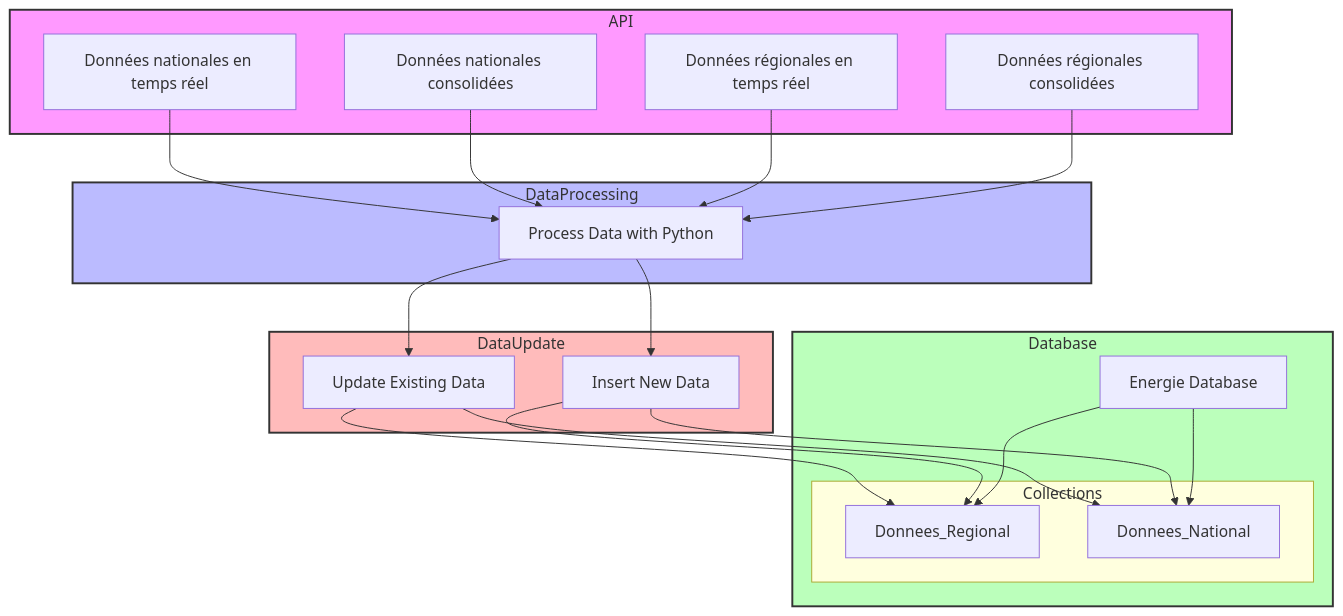
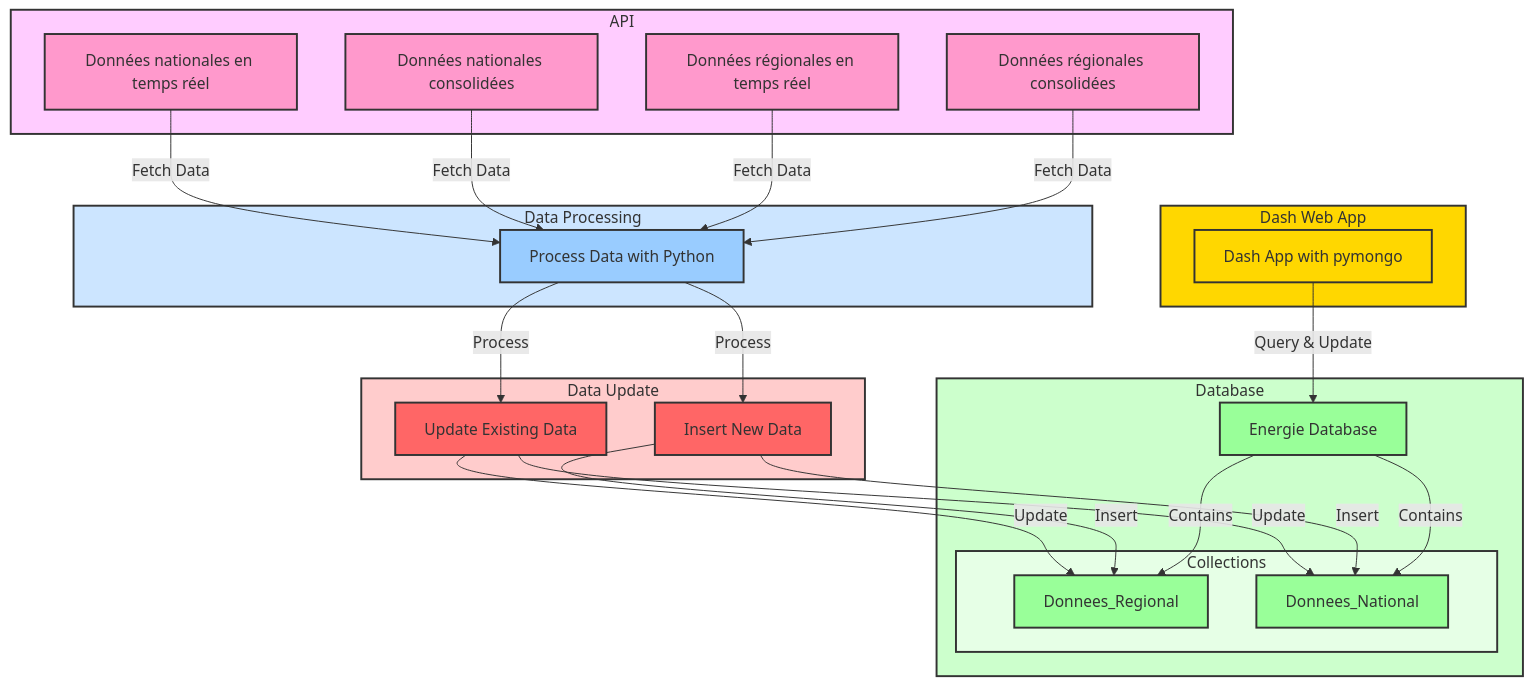
Before and after one commit to Hisqkq/Hisqkq.github.io: the diagram in _posts/2024-02-01-PVA.md, drawn with Mermaid. The commit also changed other lines of this file, not shown here.

Commit message:
mermaid schema + mongoDB advantages

````diff
--- a/_posts/2024-02-01-PVA.md
+++ b/_posts/2024-02-01-PVA.md
@@ -18,47 +77,66 @@
 ```mermaid
 flowchart TD
-    subgraph API
+    subgraph API[API]
+        style API fill:#FFCCFF,stroke:#333,stroke-width:2px
         API1[Données nationales en temps réel]
         API2[Données nationales consolidées]
         API3[Données régionales en temps réel]
         API4[Données régionales consolidées]
     end
     
-    subgraph DataProcessing
+    subgraph DataProcessing[Data Processing]
+        style DataProcessing fill:#CCE5FF,stroke:#333,stroke-width:2px
         P1[Process Data with Python]
     end
     
-    subgraph Database
+    subgraph Database[Database]
+        style Database fill:#CCFFCC,stroke:#333,stroke-width:2px
         DB[Energie Database]
         subgraph Collections
+            style Collections fill:#E6FFE6,stroke:#333,stroke-width:2px
             DR[Donnees_Regional]
             DN[Donnees_National]
         end
     end
-    
-    subgraph DataUpdate
+
+    subgraph DataUpdate[Data Update]
+        style DataUpdate fill:#FFCCCC,stroke:#333,stroke-width:2px
         U1[Update Existing Data]
         U2[Insert New Data]
     end
+
+    subgraph DashApp[Dash Web App]
+        style DashApp fill:#FFD700,stroke:#333,stroke-width:2px
+        DWA[Dash App with pymongo]
+    end
     
-    API1 --> P1
-    API2 --> P1
-    API3 --> P1
-    API4 --> P1
+    API1 --> |Fetch Data| P1
+    API2 --> |Fetch Data| P1
+    API3 --> |Fetch Data| P1
+    API4 --> |Fetch Data| P1
     
-    P1 --> U1
-    P1 --> U2
+    P1 --> |Process| U1
+    P1 --> |Process| U2
     
-    U1 --> DR
-    U1 --> DN
-    U2 --> DR
-    U2 --> DN
+    U1 --> |Update| DR
+    U1 --> |Update| DN
+    U2 --> |Insert| DR
+    U2 --> |Insert| DN
     
-    DB --> DR
-    DB --> DN
+    DB --> |Contains| DR
+    DB --> |Contains| DN
     
-    style API fill:#f9f,stroke:#333,stroke-width:2px
-    style DataProcessing fill:#bbf,stroke:#333,stroke-width:2px
-    style Database fill:#bfb,stroke:#333,stroke-width:2px
-    style DataUpdate fill:#fbb,stroke:#333,stroke-width:2px
+    DWA --> |Query & Update| DB
+    
+    style API1 fill:#FF99CC,stroke:#333,stroke-width:2px
+    style API2 fill:#FF99CC,stroke:#333,stroke-width:2px
+    style API3 fill:#FF99CC,stroke:#333,stroke-width:2px
+    style API4 fill:#FF99CC,stroke:#333,stroke-width:2px
+    style P1 fill:#99CCFF,stroke:#333,stroke-width:2px
+    style U1 fill:#FF6666,stroke:#333,stroke-width:2px
+    style U2 fill:#FF6666,stroke:#333,stroke-width:2px
+    style DR fill:#99FF99,stroke:#333,stroke-width:2px
+    style DN fill:#99FF99,stroke:#333,stroke-width:2px
+    style DB fill:#99FF99,stroke:#333,stroke-width:2px
+    style DWA fill:#FFD700,stroke:#333,stroke-width:2px
 ```
````
